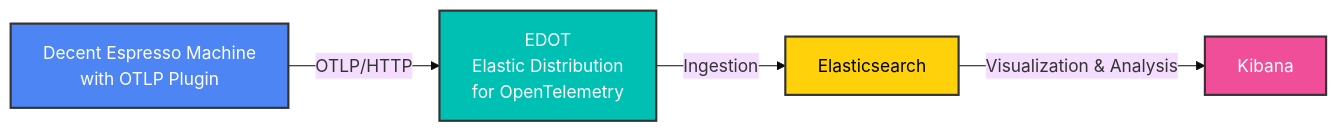
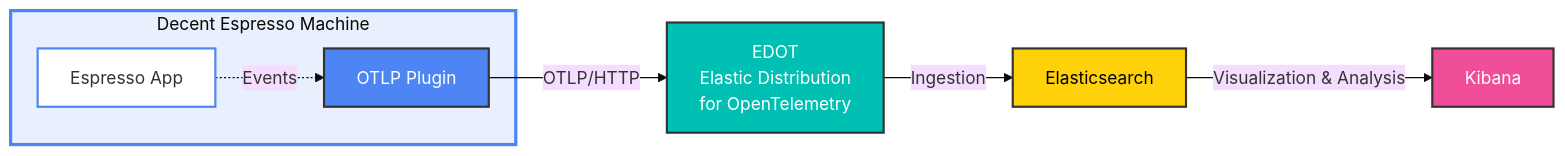
One commit to xeraa/de1app-otel changed the diagram in readme.md. Above: the diagram before and after it, drawn with Mermaid (base theme).

Commit message:
Minor architecture diagram improvement

````diff
--- a/readme.md
+++ b/readme.md
@@ -8,11 +8,19 @@
 ```mermaid
 graph LR
-    A[Decent Espresso Machine<br/>with OTLP Plugin] -->|OTLP/HTTP| B[EDOT<br/>Elastic Distribution<br/>for OpenTelemetry]
+    subgraph Machine[Decent Espresso Machine]
+        A1[Espresso App]
+        A2[OTLP Plugin]
+        A1 -.->|Events| A2
+    end
+
+    A2 -->|OTLP/HTTP| B[EDOT<br/>Elastic Distribution<br/>for OpenTelemetry]
     B -->|Ingestion| C[Elasticsearch]
     C -->|Visualization & Analysis| D[Kibana]
 
-    style A fill:#4e85f4,stroke:#333,stroke-width:2px,color:#fff
+    style Machine fill:#e8f0fe,stroke:#4e85f4,stroke-width:3px
+    style A1 fill:#fff,stroke:#4e85f4,stroke-width:2px
+    style A2 fill:#4e85f4,stroke:#333,stroke-width:2px,color:#fff
     style B fill:#00bfb3,stroke:#333,stroke-width:2px,color:#fff
     style C fill:#fed10a,stroke:#333,stroke-width:2px,color:#000
     style D fill:#f04e98,stroke:#333,stroke-width:2px,color:#fff
 ```
````
